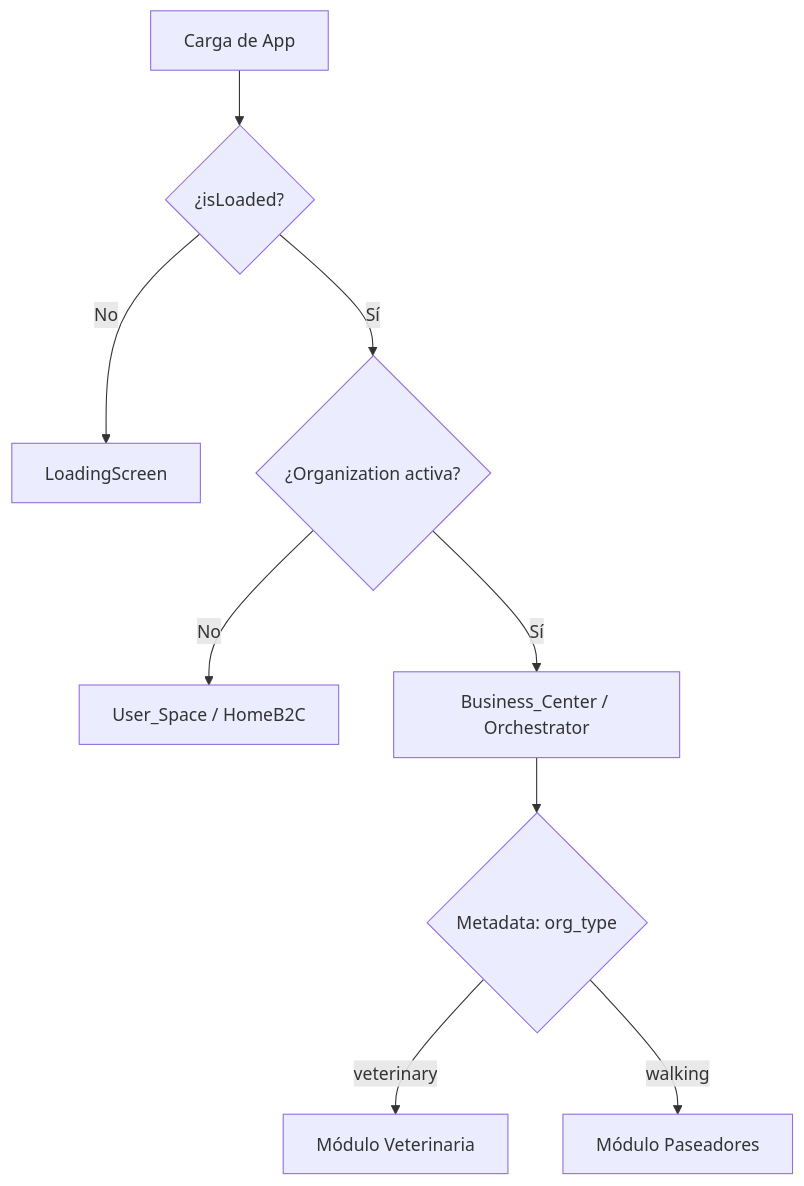
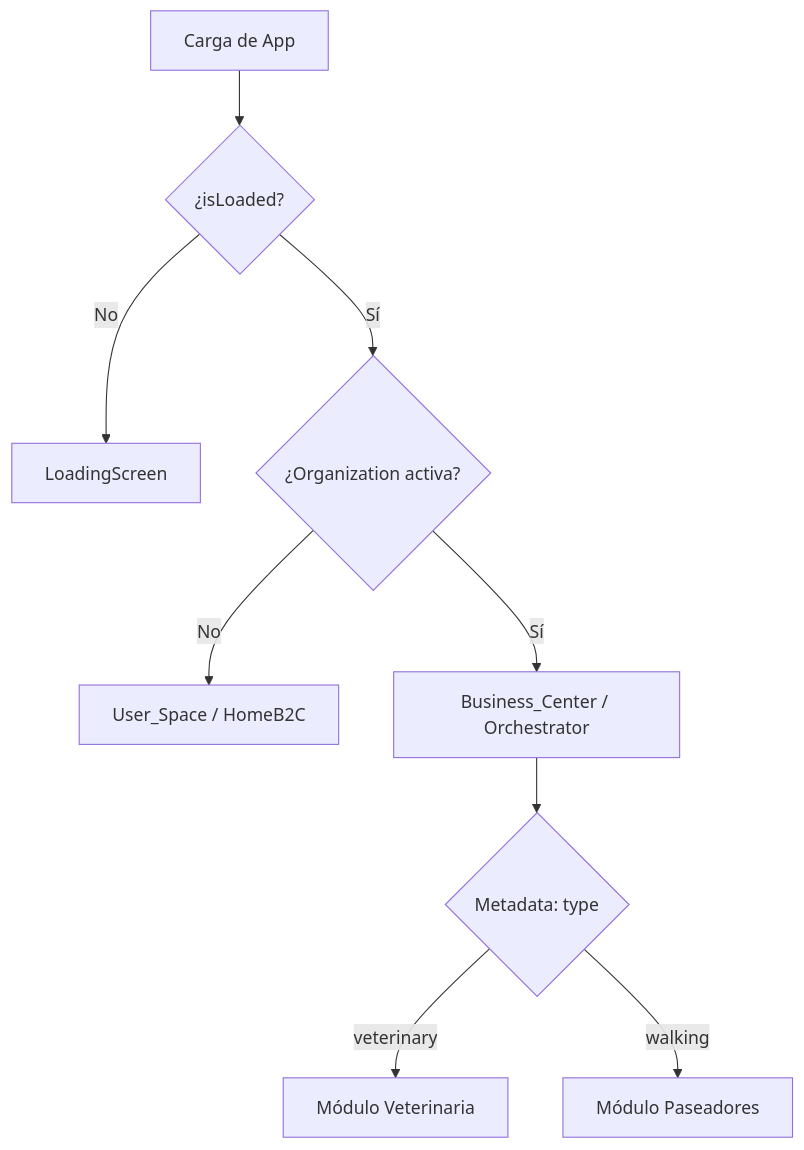
One commit to Jabar42/PelusAppNativ changed the diagram in ARQUITECTURA.md. Above: the diagram before and after it, drawn with Mermaid. The commit also changed other lines of this file and 11 other files, not shown here.

````diff
--- a/ARQUITECTURA.md
+++ b/ARQUITECTURA.md
@@ -43,13 +46,13 @@
 ```mermaid
 graph TD
     A[Carga de App] --> B{¿isLoaded?}
     B -- No --> C[LoadingScreen]
     B -- Sí --> D{¿Organization activa?}
     
     D -- No --> E[User_Space / HomeB2C]
     D -- Sí --> F[Business_Center / Orchestrator]
     
-    F --> G{Metadata: org_type}
+    F --> G{Metadata: type}
     G -- veterinary --> H[Módulo Veterinaria]
     G -- walking --> I[Módulo Paseadores]
 ```
````
